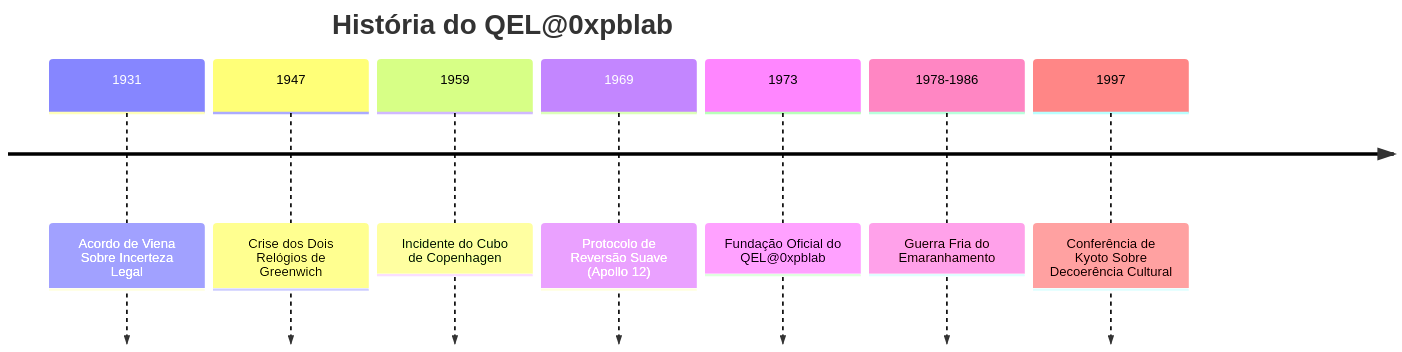
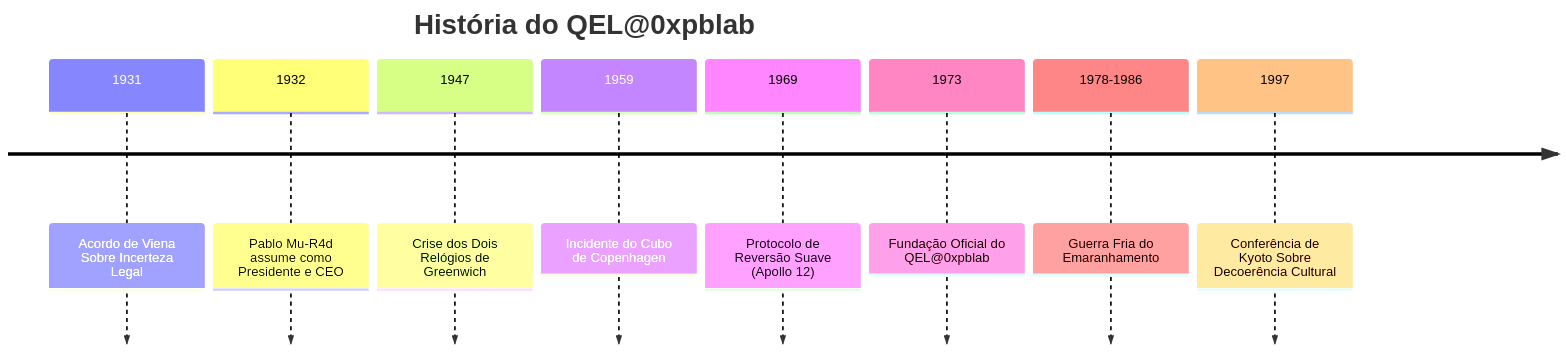
One commit to 0xpbl/0xpbl changed the first of 2 diagrams in README.md. Above: the diagram before and after it, drawn with Mermaid. The commit also changed other lines of this file, not shown here.

````diff
--- a/README.md
+++ b/README.md
@@ -45,11 +51,12 @@
 ```mermaid
 timeline
     title História do QEL@0xpblab
     1931 : Acordo de Viena Sobre Incerteza Legal
+    1932 : Pablo Mu-R4d assume como Presidente e CEO
     1947 : Crise dos Dois Relógios de Greenwich
     1959 : Incidente do Cubo de Copenhagen
     1969 : Protocolo de Reversão Suave (Apollo 12)
     1973 : Fundação Oficial do QEL@0xpblab
     1978-1986 : Guerra Fria do Emaranhamento
     1997 : Conferência de Kyoto Sobre Decoerência Cultural
 ```
````
